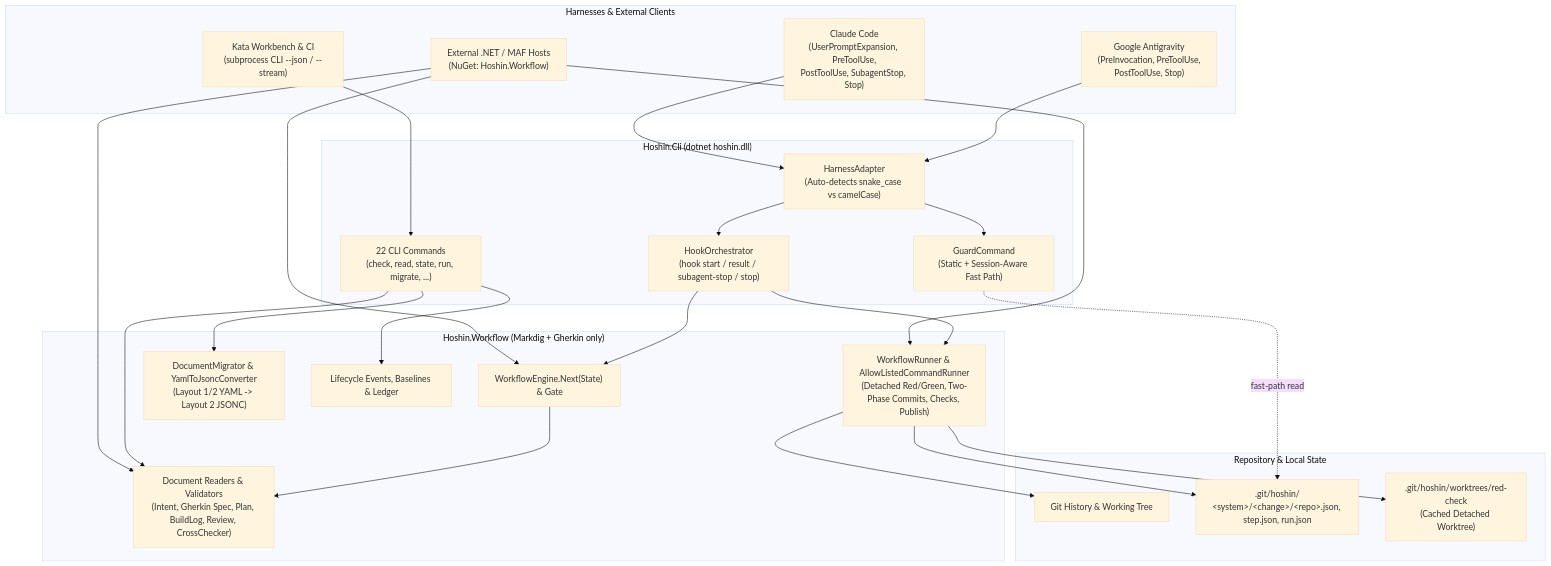
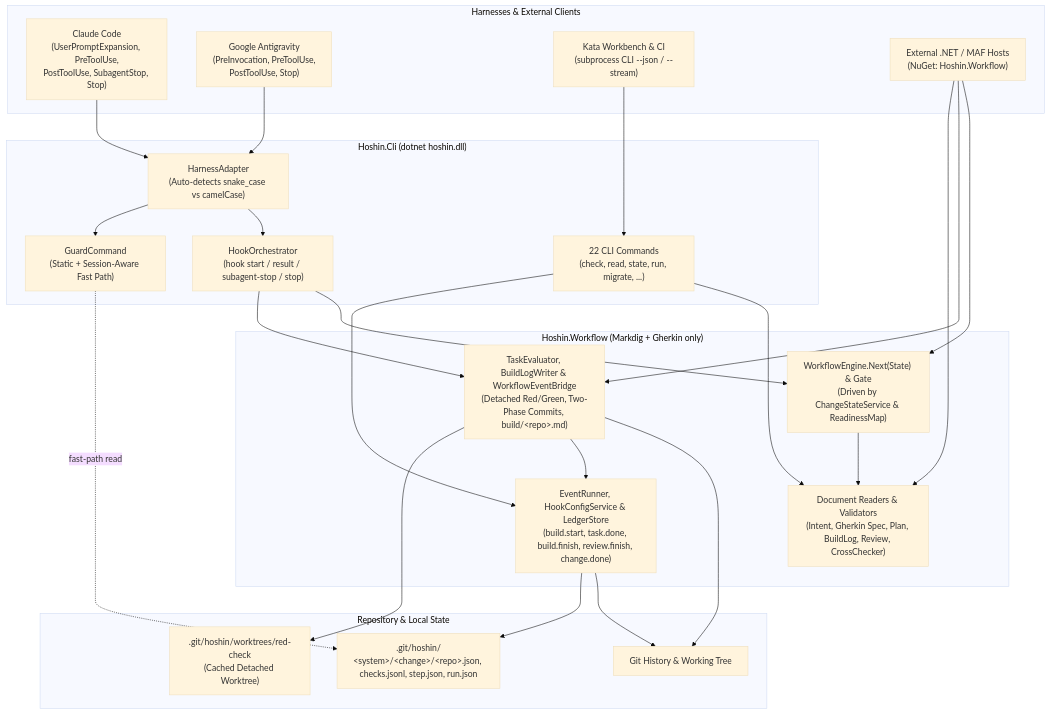
One commit to satish-krishna/Hoshin.Net changed the first of 4 diagrams in DESIGN.md. Above: the diagram before and after it, drawn with Mermaid (base theme). The commit also changed other lines of this file and 18 other files, not shown here.

First line of the commit message:
feat(engine): fire lifecycle events via EventRunner and write build logs

````diff
--- a/DESIGN.md
+++ b/DESIGN.md
@@ -21,41 +21,41 @@
 ```mermaid
 flowchart TB
     subgraph Callers["Harnesses & External Clients"]
         CC["Claude Code<br/>(UserPromptExpansion, PreToolUse,<br/>PostToolUse, SubagentStop, Stop)"]
         AGY["Google Antigravity<br/>(PreInvocation, PreToolUse,<br/>PostToolUse, Stop)"]
         KATA["Kata Workbench & CI<br/>(subprocess CLI --json / --stream)"]
         MAF["External .NET / MAF Hosts<br/>(NuGet: Hoshin.Workflow)"]
     end
 
     subgraph Cli["Hoshin.Cli (dotnet hoshin.dll)"]
         ADAPTER["HarnessAdapter<br/>(Auto-detects snake_case vs camelCase)"]
         ORCH["HookOrchestrator<br/>(hook start / result / subagent-stop / stop)"]
         GUARD["GuardCommand<br/>(Static + Session-Aware Fast Path)"]
         CMDS["22 CLI Commands<br/>(check, read, state, run, migrate, ...)"]
     end
 
     subgraph Lib["Hoshin.Workflow (Markdig + Gherkin only)"]
-        ENGINE["WorkflowEngine.Next(State) & Gate"]
-        RUNNER["WorkflowRunner & AllowListedCommandRunner<br/>(Detached Red/Green, Two-Phase Commits, Checks, Publish)"]
+        ENGINE["WorkflowEngine.Next(State) & Gate<br/>(Driven by ChangeStateService & ReadinessMap)"]
+        RUNNER["TaskEvaluator, BuildLogWriter & WorkflowEventBridge<br/>(Detached Red/Green, Two-Phase Commits, build/&lt;repo&gt;.md)"]
         DOCS["Document Readers & Validators<br/>(Intent, Gherkin Spec, Plan, BuildLog, Review, CrossChecker)"]
-        MIG["DocumentMigrator & YamlToJsoncConverter<br/>(Layout 1/2 YAML -> Layout 2 JSONC)"]
-        EVENTS["Lifecycle Events, Baselines & Ledger"]
+        EVENTS["EventRunner, HookConfigService & LedgerStore<br/>(build.start, task.done, build.finish, review.finish, change.done)"]
     end
 
     subgraph Store["Repository & Local State"]
         GIT["Git History & Working Tree"]
-        LEDGER[".git/hoshin/<br/>&lt;system&gt;/&lt;change&gt;/&lt;repo&gt;.json, step.json, run.json"]
+        LEDGER[".git/hoshin/<br/>&lt;system&gt;/&lt;change&gt;/&lt;repo&gt;.json, checks.jsonl, step.json, run.json"]
         WT[".git/hoshin/worktrees/red-check<br/>(Cached Detached Worktree)"]
     end
 
     CC & AGY --> ADAPTER
     ADAPTER --> ORCH & GUARD
     KATA --> CMDS
     MAF --> ENGINE & RUNNER & DOCS
 
     ORCH --> ENGINE & RUNNER
     GUARD -. "fast-path read" .-> LEDGER
-    CMDS --> DOCS & MIG & EVENTS
+    CMDS --> DOCS & EVENTS
     ENGINE --> DOCS
-    RUNNER --> GIT & LEDGER & WT
+    RUNNER --> GIT & EVENTS & WT
+    EVENTS --> GIT & LEDGER
 ```
````
